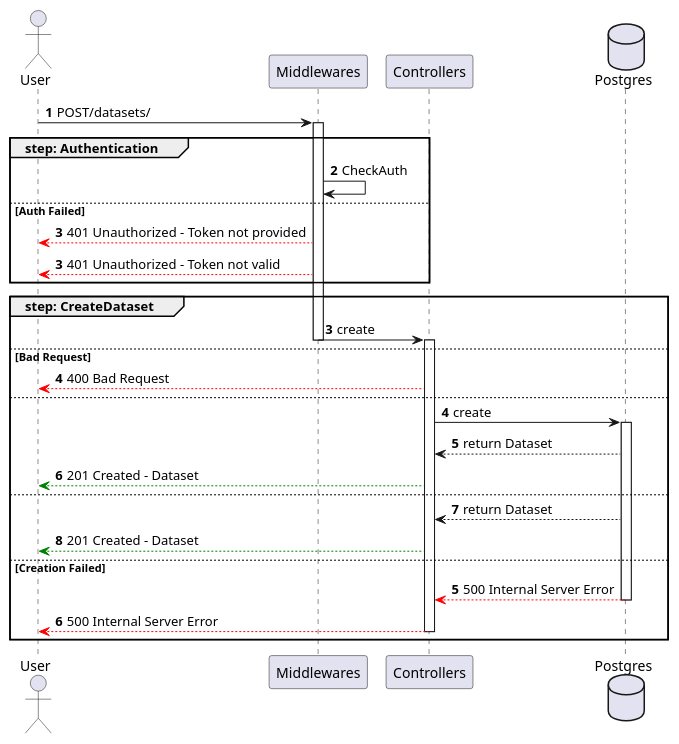
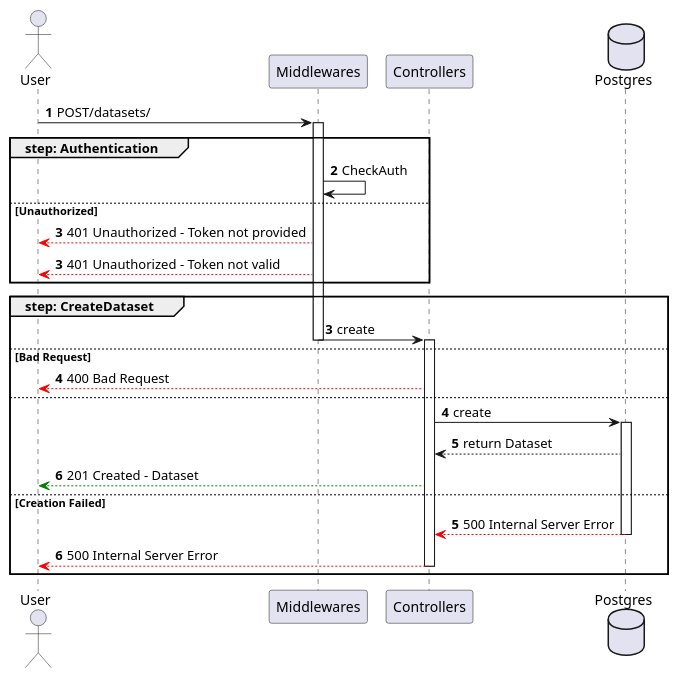
One commit to ShadowWalker1411/ProgrammazioneAvanzataREPO changed the diagram in sequence_diagrams/datasets/CreateDataset.puml. Above: the diagram before and after it, drawn with PlantUML. The commit also changed 1 other file, not shown here.

```diff
--- a/sequence_diagrams/datasets/CreateDataset.puml
+++ b/sequence_diagrams/datasets/CreateDataset.puml
@@ -1,39 +1,37 @@
-@startuml
+@startuml createDataset
 
 actor User
 
 participant Middlewares
 participant Controllers
 database Postgres
 
 autonumber
 User -> Middlewares ++: POST/datasets/
+
 group step: Authentication
     Middlewares -> Middlewares : CheckAuth
-else Auth Failed
+else Unauthorized
     autonumber 3
     Middlewares --[#red]> User : 401 Unauthorized - Token not provided
     autonumber 3
     Middlewares --[#red]> User : 401 Unauthorized - Token not valid
 end
 
 autonumber 3
 group step: CreateDataset
     Middlewares -> Controllers --++: create
 else Bad Request
     Controllers --[#red]> User : 400 Bad Request
 else
     autonumber 4
     Controllers -> Postgres ++: create
     Postgres --> Controllers : return Dataset
     Controllers --[#green]> User : 201 Created - Dataset
-else
-    Postgres --> Controllers : return Dataset
-    Controllers --[#green]> User : 201 Created - Dataset
 else Creation Failed
     autonumber 5
     Postgres --[#red]> Controllers --: 500 Internal Server Error
     Controllers --[#red]> User --: 500 Internal Server Error
 end
 
 @enduml
```
